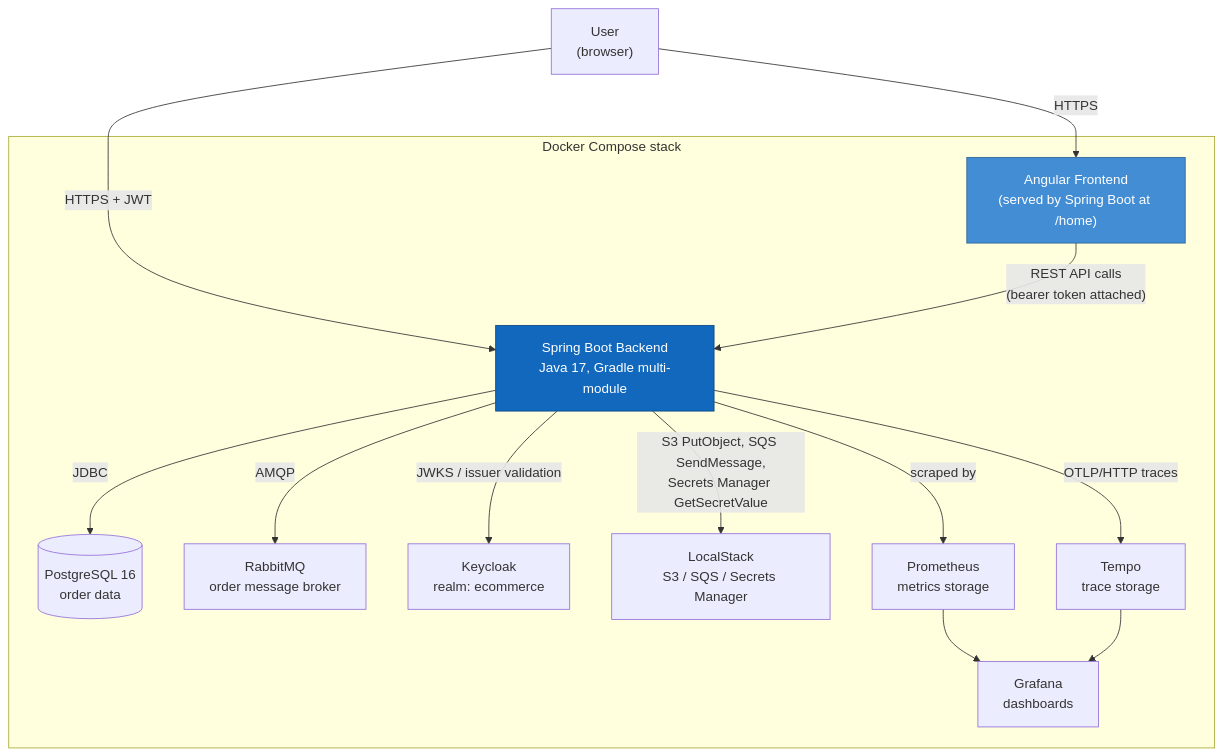
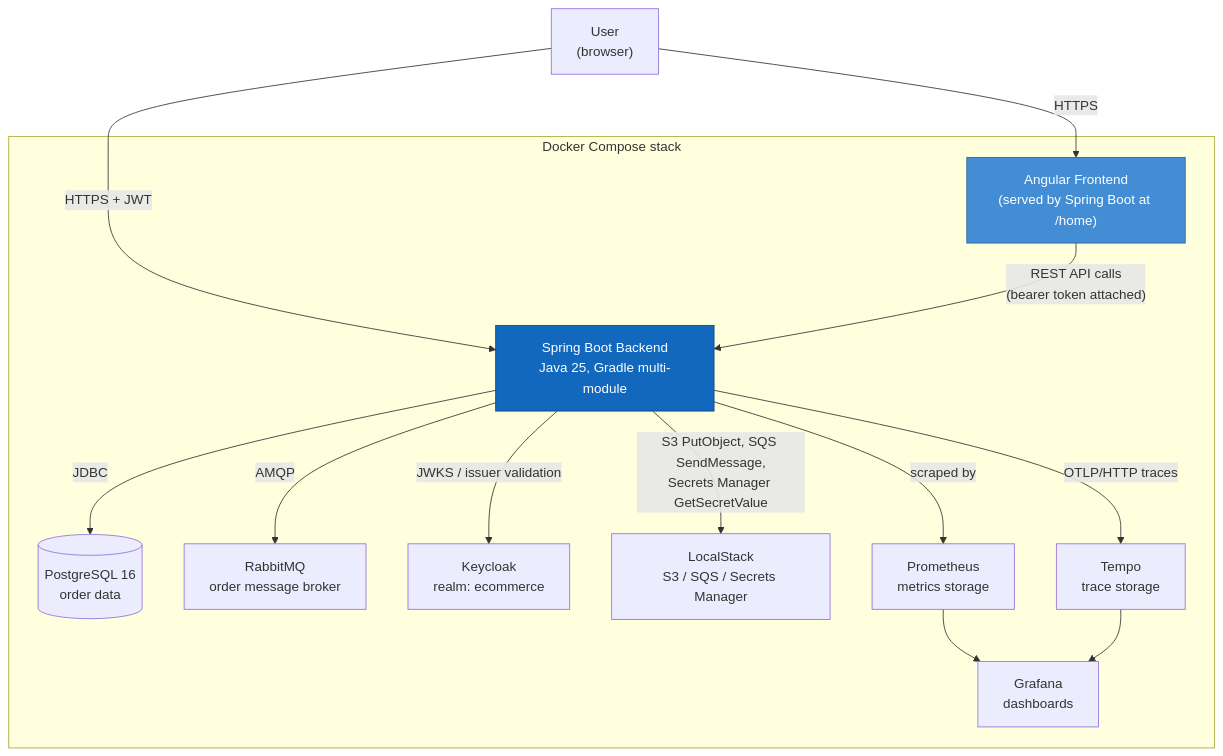
One commit to chrobakpiotr/showcase-application changed the second of 3 diagrams in docs/architecture/README.md. Above: the diagram before and after it, drawn with Mermaid. The commit also changed 38 other files, not shown here.

````diff
--- a/docs/architecture/README.md
+++ b/docs/architecture/README.md
@@ -45,31 +45,31 @@
 ```mermaid
 graph TB
     user["User<br/>(browser)"]
 
     subgraph docker["Docker Compose stack"]
         frontend["Angular Frontend<br/>(served by Spring Boot at /home)"]
-        backend["Spring Boot Backend<br/>Java 17, Gradle multi-module"]
+        backend["Spring Boot Backend<br/>Java 25, Gradle multi-module"]
         postgres[("PostgreSQL 16<br/>order data")]
         rabbitmq["RabbitMQ<br/>order message broker"]
         keycloak["Keycloak<br/>realm: ecommerce"]
         localstack["LocalStack<br/>S3 / SQS / Secrets Manager"]
         prometheus["Prometheus<br/>metrics storage"]
         tempo["Tempo<br/>trace storage"]
         grafana["Grafana<br/>dashboards"]
     end
 
     user -->|HTTPS| frontend
     user -->|"HTTPS + JWT"| backend
     frontend -->|"REST API calls<br/>(bearer token attached)"| backend
     backend -->|JDBC| postgres
     backend -->|AMQP| rabbitmq
     backend -->|"JWKS / issuer validation"| keycloak
     backend -->|"S3 PutObject, SQS SendMessage,<br/>Secrets Manager GetSecretValue"| localstack
     backend -->|"scraped by"| prometheus
     backend -->|"OTLP/HTTP traces"| tempo
     prometheus --> grafana
     tempo --> grafana
 
     style backend fill:#1168bd,stroke:#0b4884,color:#fff
     style frontend fill:#438dd5,stroke:#2e6295,color:#fff
 ```
````
